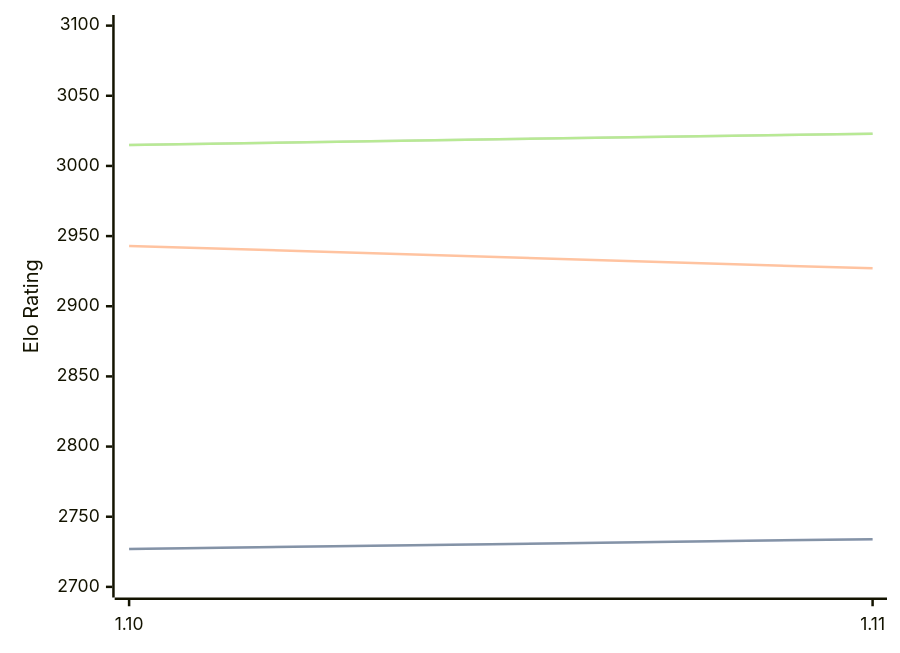
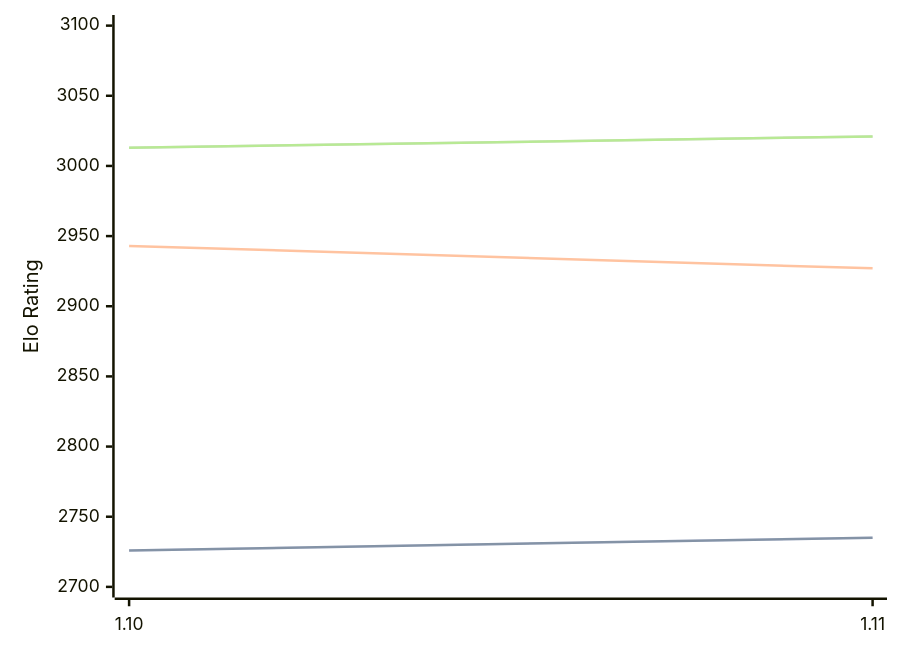
The third of 3 diagrams in engines/Roc.md (computer-chess-index/cci), drawn with Mermaid before and after one commit. The commit also changed other lines of this file, not shown here.

Commit message:
Update CCI Ratings (ELO VLTC) - 2026-06-17

````diff
--- a/engines/Roc.md
+++ b/engines/Roc.md
@@ -98,11 +98,11 @@
 ```mermaid
 %%{init: {"theme":"base","themeVariables":{"seriesColors:['#a3a3a3','#222221','#faa371']}}}%%
 xychart-beta
   x-axis ["1.10", "1.11"]
   y-axis "Elo Rating" 2700 --> 3100
-  line "STC (8.0+0.08s)" [2727, 2734]
-  line "STC (8.0+0.08s)" [2727, 2734]
+  line "STC (8.0+0.08s)" [2726, 2735]
+  line "STC (8.0+0.08s)" [2726, 2735]
   line "LTC (60.0+0.60s)" [2943, 2927]
-  line "VLTC (2m24s+1.12s)" [3015, 3023]
-  line "VLTC (2m24s+1.12s)" [3015, 3023]
+  line "VLTC (2m24s+1.12s)" [3013, 3021]
+  line "VLTC (2m24s+1.12s)" [3013, 3021]
 ```
````
